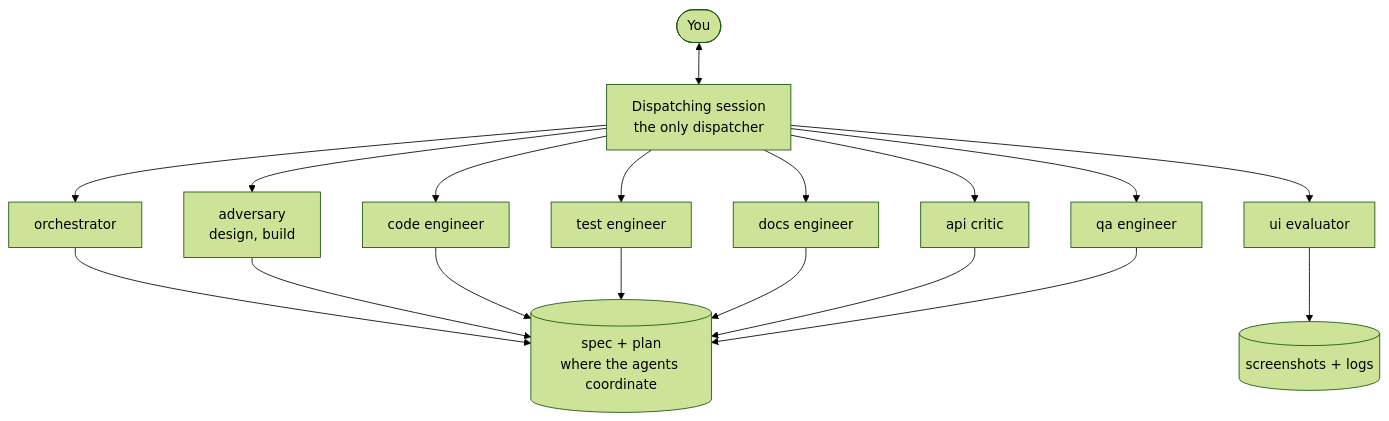
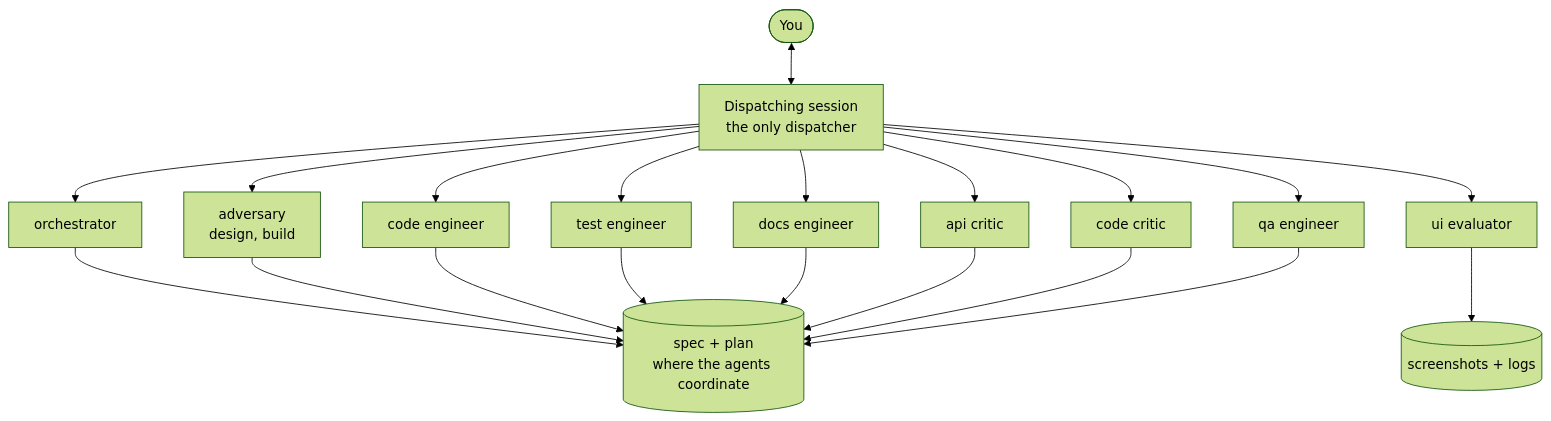
One commit to gjkoplik/skills changed the first of 3 diagrams in plugins/harness/README.md. Above: the diagram before and after it, drawn with Mermaid (forest theme). The commit also changed other lines of this file and 11 other files, not shown here.

First line of the commit message:
harness: a code critic, and one round of rework (#14)

````diff
--- a/plugins/harness/README.md
+++ b/plugins/harness/README.md
@@ -36,20 +36,22 @@
 ```mermaid
 flowchart TD
     YOU([You]) <--> HUB["Dispatching session<br/>the only dispatcher"]
     HUB --> O[orchestrator]
     HUB --> A["adversary<br/>design, build"]
     HUB --> CE[code engineer]
     HUB --> TE[test engineer]
     HUB --> DE[docs engineer]
     HUB --> AC[api critic]
+    HUB --> CC[code critic]
     HUB --> QA[qa engineer]
     HUB --> UI[ui evaluator]
     O --> SP[("spec + plan<br/>where the agents coordinate")]
     A --> SP
     CE --> SP
     TE --> SP
     DE --> SP
     AC --> SP
+    CC --> SP
     QA --> SP
     UI --> SS[("screenshots + logs")]
 ```
````
